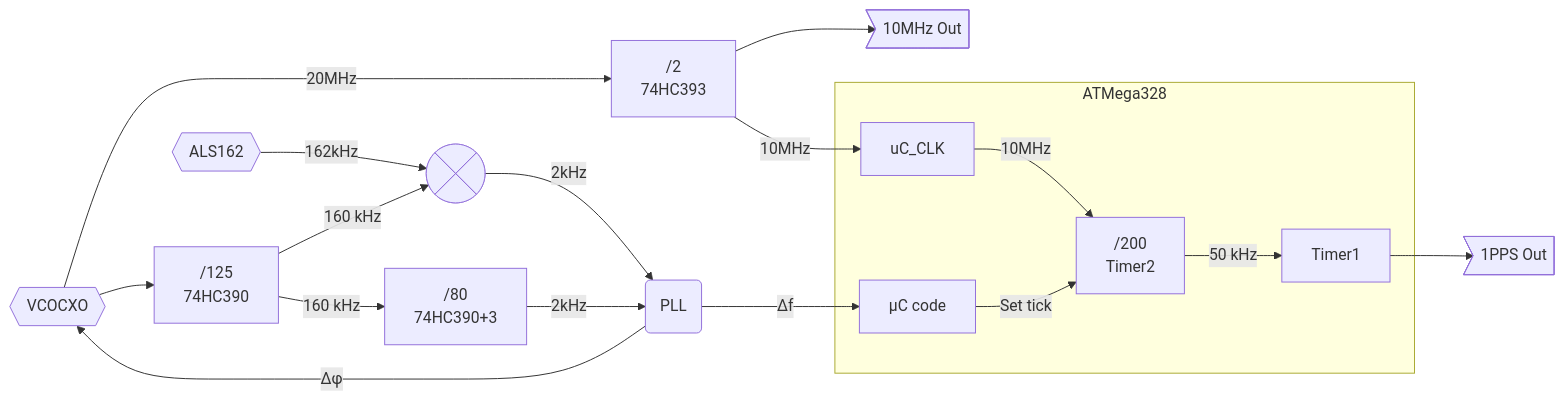
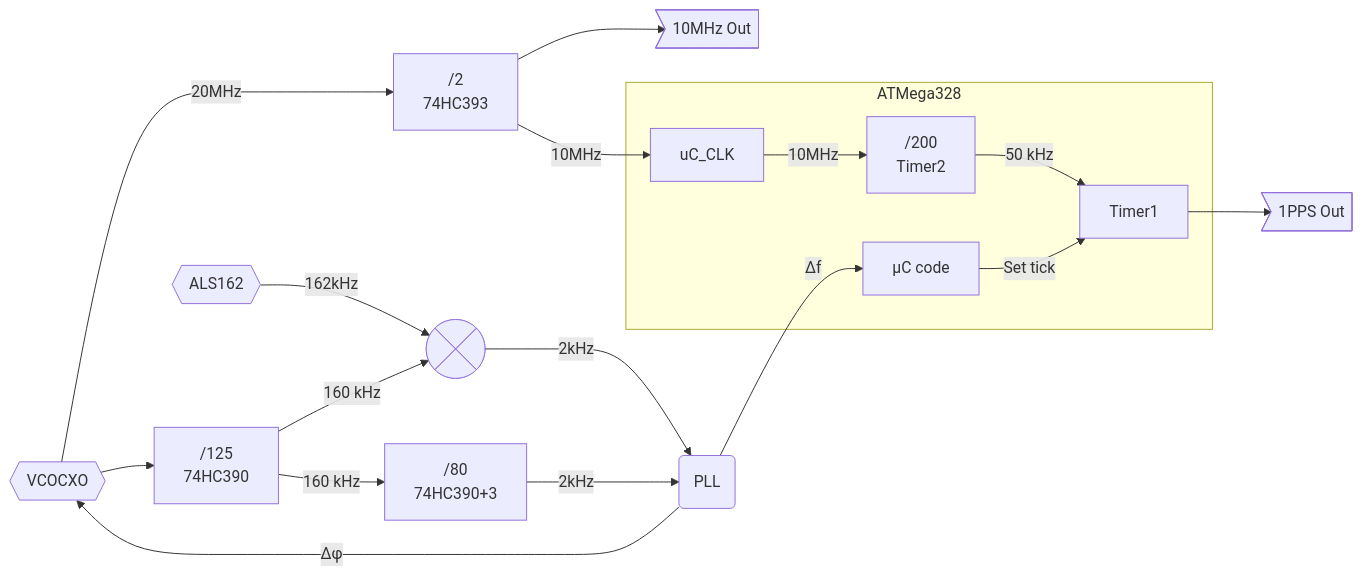
The diagram in doc/Clock_Architecture.md (dscp46/als162), drawn with Mermaid before and after one commit.

````diff
--- a/doc/Clock_Architecture.md
+++ b/doc/Clock_Architecture.md
@@ -6,23 +6,23 @@
 ```mermaid
 flowchart LR
     CLK@{ shape: hex, label: "VCOCXO"} -->|20MHz| D2[ /2<br>74HC393 ]
     D2 --> 10M> 10MHz Out ]
     D2 -->|10MHz| uC_CLK
     
     CLK --> D125[ /125<br>74HC390 ]
     D125 -->|160 kHz| MIX@{ shape: cross-circ }
     ALS162@{ shape: hex, label: "ALS162"} -->|162kHz| MIX
     MIX -->|2kHz| PLL(PLL)
     D125 -->|160 kHz| D80[ /80<br>74HC390+3 ]
     D80 -->|2kHz| PLL
     PLL -->|Δφ| CLK
     PLL -->|Δf| uC
 
     subgraph ATMega328
     uC_CLK -->|10MHz| T2
-    uC[ µC code ] -->|Set tick| T2
+    uC[ µC code ] -->|Set tick| T1
     T2[ /200<br>Timer2 ] -->|50 kHz| T1[ Timer1 ]
     end
 
     T1 --> PPS> 1PPS Out ]
 ```
````
